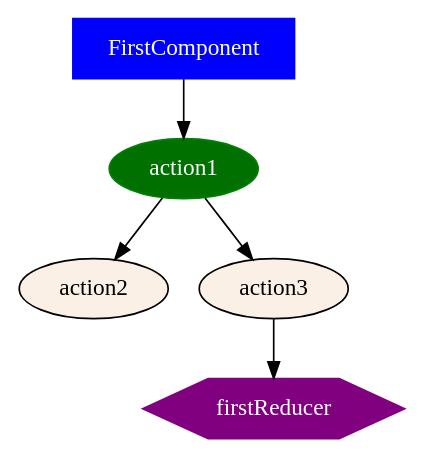
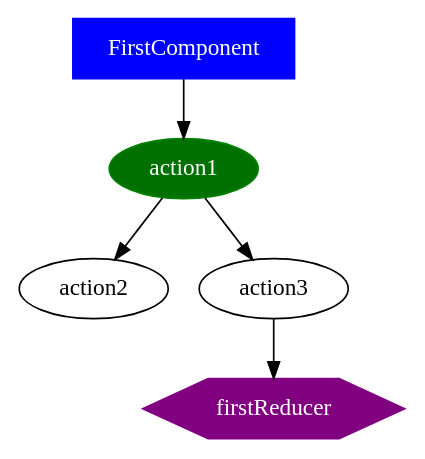
The diagram in docs/examples/case1/out/action1.dot (ammarnajjar/ngrx-graph), drawn with Graphviz before and after one commit. The commit also changed 37 other files, not shown here.

```diff
--- a/docs/examples/case1/out/action1.dot
+++ b/docs/examples/case1/out/action1.dot
@@ -1,11 +1,11 @@
 digraph {
 FirstComponent [shape="box", color=blue, fillcolor=blue, fontcolor=white, style=filled]
 action1 [color=green, fillcolor="#007000", fontcolor=white, style=filled]
-action2 [fillcolor=linen, style=filled]
-action3 [fillcolor=linen, style=filled]
+action2
+action3
 firstReducer [shape="hexagon", color=purple, fillcolor=purple, fontcolor=white, style=filled]
 FirstComponent -> action1
 action1 -> action2
 action1 -> action3
 action3 -> firstReducer
 }
```
